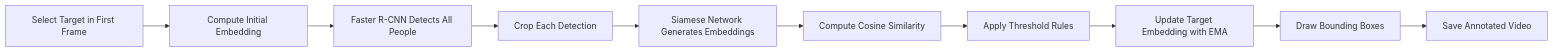
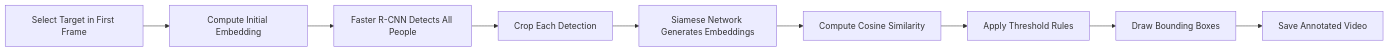
The diagram in README.md (seangupta1/AI-computer-vision-pedestrian-tracking-system), drawn with Mermaid before and after one commit.

````diff
--- a/README.md
+++ b/README.md
@@ -50,23 +50,21 @@
 ```mermaid
 flowchart LR
     A[Select Target in First Frame]
     B[Compute Initial Embedding]
     C[Faster R-CNN Detects All People]
     D[Crop Each Detection]
     E[Siamese Network Generates Embeddings]
     F[Compute Cosine Similarity]
     G[Apply Threshold Rules]
-    H[Update Target Embedding with EMA]
-    I[Draw Bounding Boxes]
-    J[Save Annotated Video]
+    H[Draw Bounding Boxes]
+    I[Save Annotated Video]
 
     A --> B
     B --> C
     C --> D
     D --> E
     E --> F
     F --> G
     G --> H
     H --> I
-    I --> J
 ```
````
